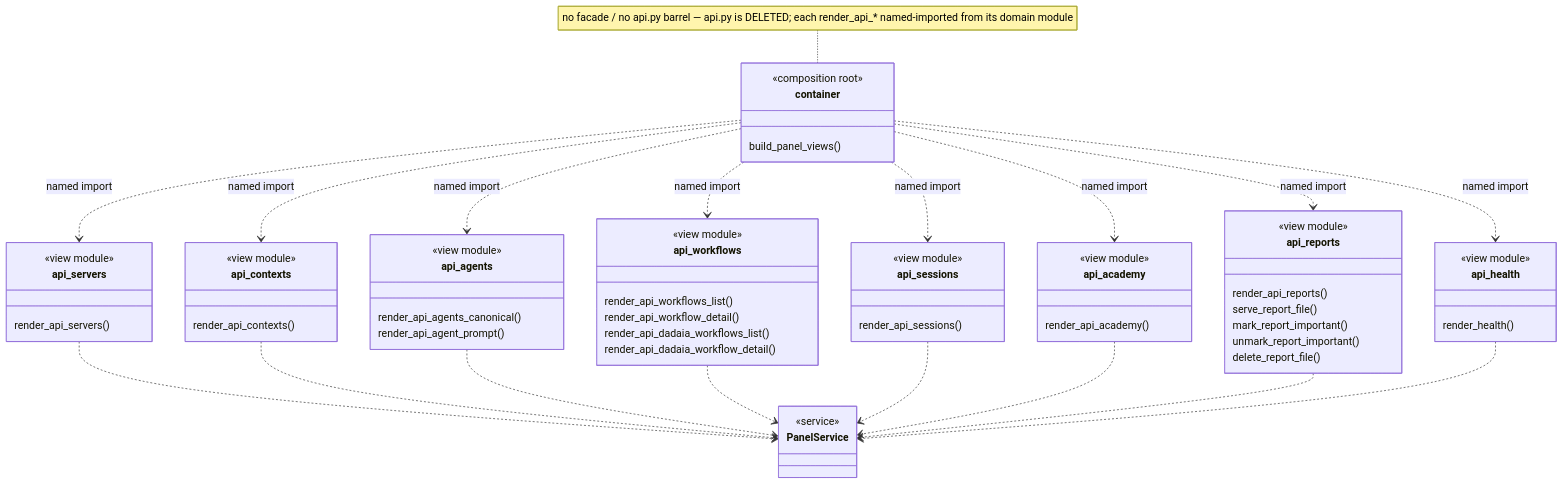
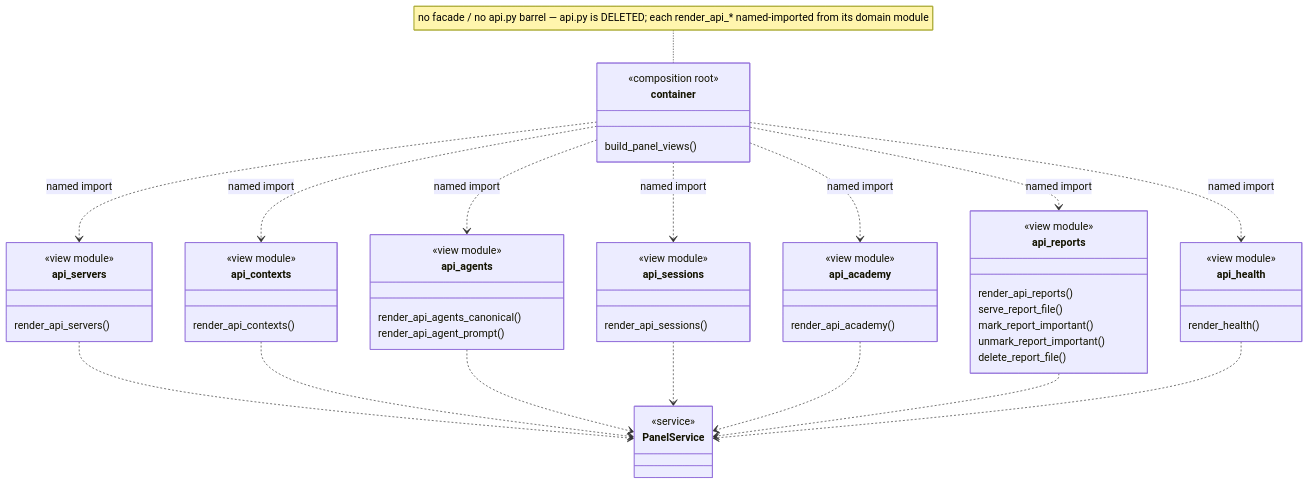
The diagram in specs/assets/architecture/panel-views-decomposition.md (marcoaureliomenezes/dadaia-workspace), drawn with Mermaid before and after one commit. The commit also changed other lines of this file and 377 other files, not shown here.

````diff
--- a/specs/assets/architecture/panel-views-decomposition.md
+++ b/specs/assets/architecture/panel-views-decomposition.md
@@ -14,69 +14,60 @@
 ```mermaid
 classDiagram
     class PanelService {
         <<service>>
     }
     class container {
         <<composition root>>
         build_panel_views()
     }
     class api_servers {
         <<view module>>
         render_api_servers()
     }
     class api_contexts {
         <<view module>>
         render_api_contexts()
     }
     class api_agents {
         <<view module>>
         render_api_agents_canonical()
         render_api_agent_prompt()
-    }
-    class api_workflows {
-        <<view module>>
-        render_api_workflows_list()
-        render_api_workflow_detail()
-        render_api_dadaia_workflows_list()
-        render_api_dadaia_workflow_detail()
     }
     class api_sessions {
         <<view module>>
         render_api_sessions()
     }
     class api_academy {
         <<view module>>
         render_api_academy()
     }
     class api_reports {
         <<view module>>
         render_api_reports()
         serve_report_file()
         mark_report_important()
         unmark_report_important()
         delete_report_file()
     }
     class api_health {
         <<view module>>
         render_health()
     }
 
     container ..> api_servers : named import
     container ..> api_contexts : named import
     container ..> api_agents : named import
-    container ..> api_workflows : named import
     container ..> api_sessions : named import
     container ..> api_academy : named import
     container ..> api_reports : named import
     container ..> api_health : named import
     api_servers ..> PanelService
     api_contexts ..> PanelService
     api_agents ..> PanelService
-    api_workflows ..> PanelService
     api_sessions ..> PanelService
     api_academy ..> PanelService
     api_reports ..> PanelService
     api_health ..> PanelService
 
     note for container "no facade / no api.py barrel — api.py is DELETED; each render_api_* named-imported from its domain module"
 ```
````
